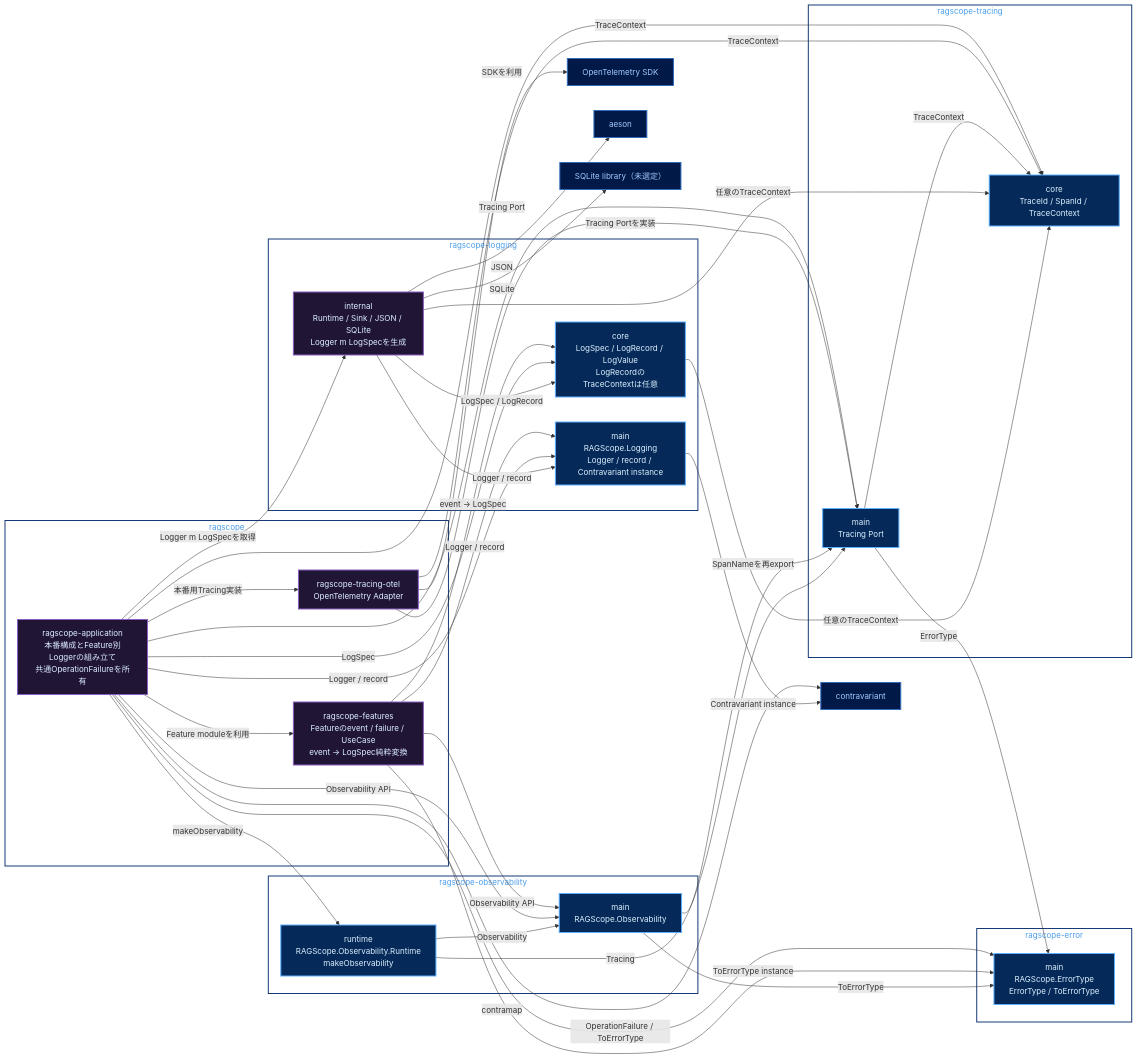
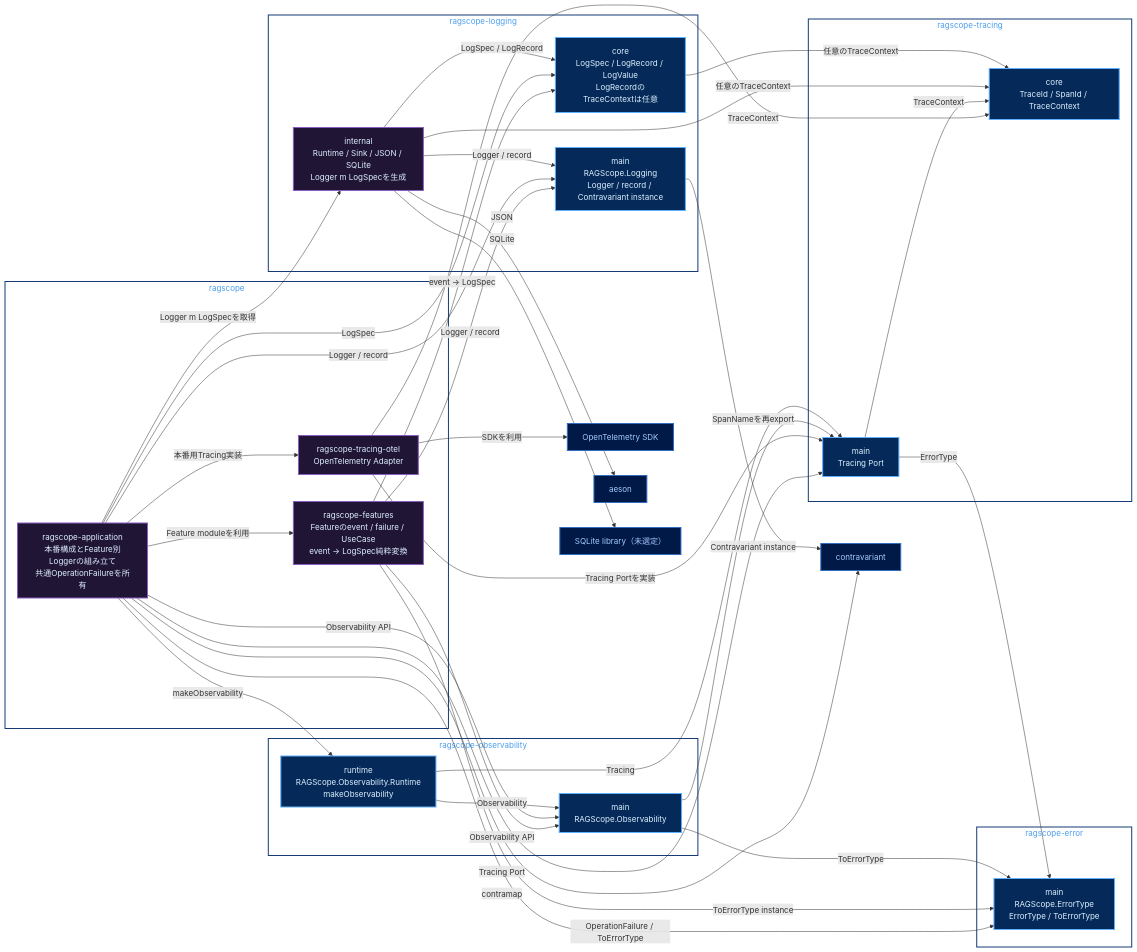
One commit to takashit16833/Workbench changed the diagram in Notes/RAGScope/RAGScopeアプリケーション/実行追跡・構造化ログ静的依存図.md. Above: the diagram before and after it, drawn with Mermaid.

Commit message:
docs: fix RS-0022 dependency view

````diff
--- a/Notes/RAGScope/RAGScopeアプリケーション/実行追跡・構造化ログ静的依存図.md
+++ b/Notes/RAGScope/RAGScopeアプリケーション/実行追跡・構造化ログ静的依存図.md
@@ -25,72 +25,71 @@
 ```mermaid
 flowchart LR
     subgraph pkg_ragscope["ragscope"]
         features["ragscope-features<br/>Featureのevent / failure / UseCase<br/>event → LogSpec純粋変換"]
         application["ragscope-application<br/>本番構成とFeature別Loggerの組み立て<br/>共通OperationFailureを所有"]
         tracing_otel["ragscope-tracing-otel<br/>OpenTelemetry Adapter"]
     end
     subgraph pkg_error["ragscope-error"]
         error_main["main<br/>RAGScope.ErrorType<br/>ErrorType / ToErrorType"]
     end
     subgraph pkg_obs["ragscope-observability"]
         obs_main["main<br/>RAGScope.Observability"]
         obs_runtime["runtime<br/>RAGScope.Observability.Runtime<br/>makeObservability"]
     end
     subgraph pkg_tracing["ragscope-tracing"]
         trace_main["main<br/>Tracing Port"]
         trace_core["core<br/>TraceId / SpanId / TraceContext"]
     end
     subgraph pkg_logging["ragscope-logging"]
         log_core["core<br/>LogSpec / LogRecord / LogValue<br/>LogRecordのTraceContextは任意"]
         log_main["main<br/>RAGScope.Logging<br/>Logger / record / Contravariant instance"]
         log_internal["internal<br/>Runtime / Sink / JSON / SQLite<br/>Logger m LogSpecを生成"]
     end
     contravariant["contravariant"]
     otel_sdk["OpenTelemetry SDK"]
     aeson["aeson"]
     sqlite_lib["SQLite library（未選定）"]
 
     application -->|Feature moduleを利用| features
     application -->|OperationFailure / ToErrorType| error_main
     features -->|Observability API| obs_main
     features -->|ToErrorType instance| error_main
     features -->|Logger / record| log_main
     features -->|event → LogSpec| log_core
     application -->|Observability API| obs_main
     application -->|makeObservability| obs_runtime
     application -->|Logger / record| log_main
     application -->|LogSpec| log_core
     application -->|Logger m LogSpecを取得| log_internal
     application -->|contramap| contravariant
     application -->|Tracing Port| trace_main
-    application -->|TraceContext| trace_core
     application -->|本番用Tracing実装| tracing_otel
     tracing_otel -->|Tracing Portを実装| trace_main
     tracing_otel -->|TraceContext| trace_core
     tracing_otel -->|SDKを利用| otel_sdk
     obs_main -->|ToErrorType| error_main
     obs_main -->|SpanNameを再export| trace_main
     obs_runtime -->|Observability| obs_main
     obs_runtime -->|Tracing| trace_main
     trace_main -->|TraceContext| trace_core
     trace_main -->|ErrorType| error_main
     log_main -->|Contravariant instance| contravariant
     log_internal -->|Logger / record| log_main
     log_internal -->|LogSpec / LogRecord| log_core
     log_internal -->|任意のTraceContext| trace_core
     log_internal -->|JSON| aeson
     log_internal -->|SQLite| sqlite_lib
     log_core -->|任意のTraceContext| trace_core
 
     classDef public fill:#052A59,stroke:#5EAFFF,color:#DDF0FF,stroke-width:2px
     classDef private fill:#211536,stroke:#8A5EC0,color:#DDF0FF,stroke-width:2px
     classDef external fill:#001947,stroke:#316CBD,color:#A6CAFF,stroke-width:2px
     class error_main,obs_main,obs_runtime,trace_main,trace_core,log_core,log_main public
     class features,application,tracing_otel,log_internal private
     class contravariant,otel_sdk,aeson,sqlite_lib external
     style pkg_ragscope fill:transparent,stroke:#153A75,color:#4C9EEB,stroke-width:2px
     style pkg_error fill:transparent,stroke:#153A75,color:#4C9EEB,stroke-width:2px
     style pkg_obs fill:transparent,stroke:#153A75,color:#4C9EEB,stroke-width:2px
     style pkg_tracing fill:transparent,stroke:#153A75,color:#4C9EEB,stroke-width:2px
     style pkg_logging fill:transparent,stroke:#153A75,color:#4C9EEB,stroke-width:2px
 ```
````
